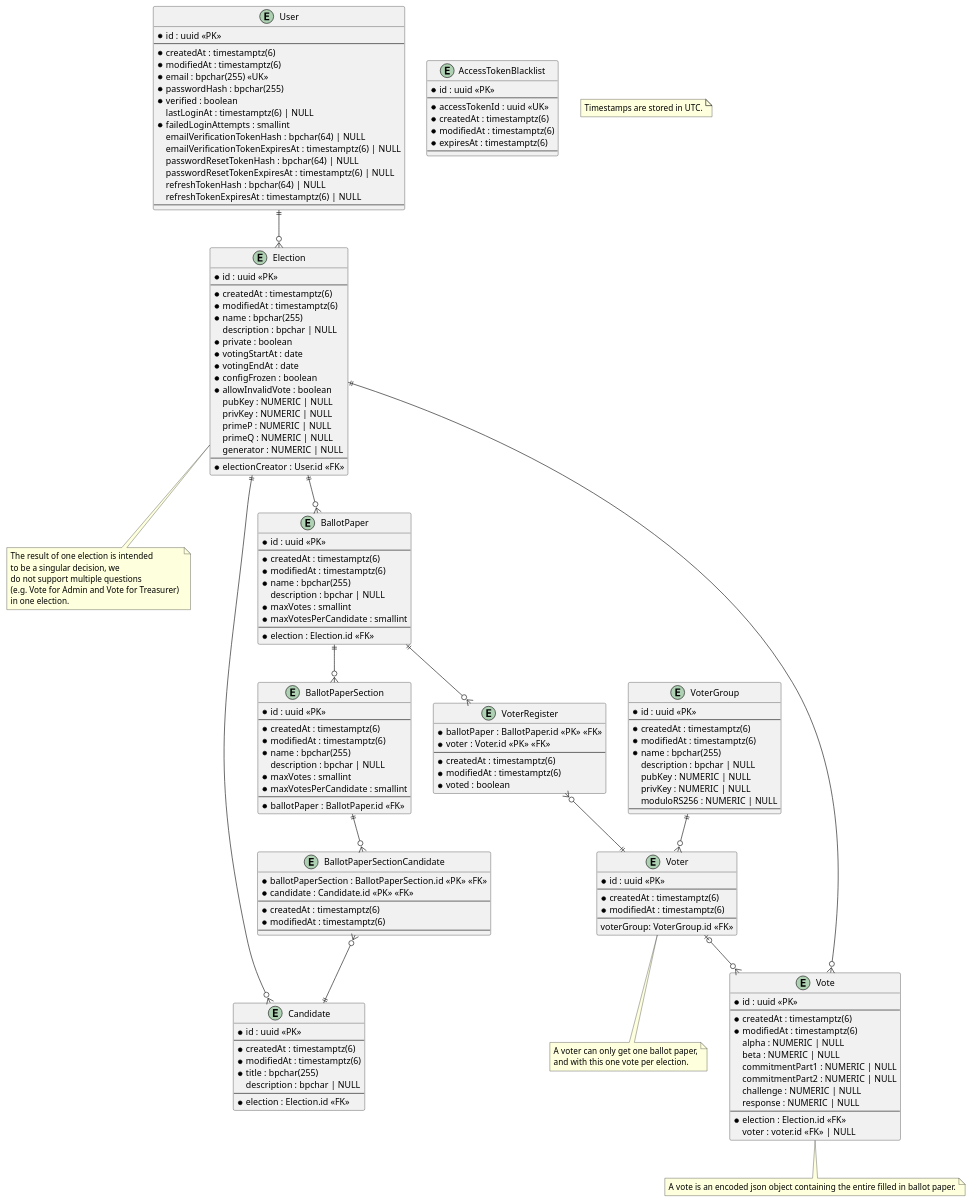
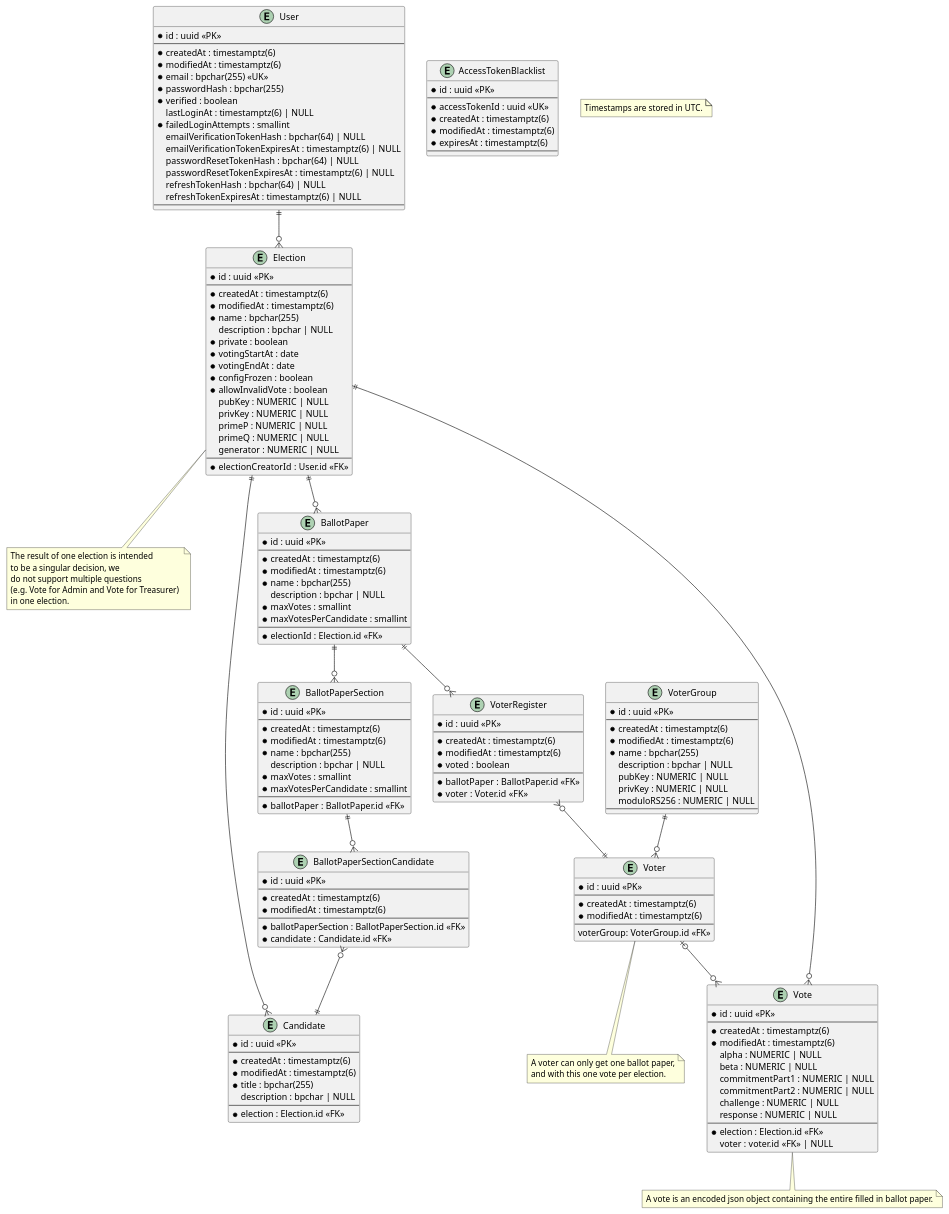
Before and after one commit to SE-UUlm/votura: the diagram in apps/docs/static/uml/dataModel.puml, drawn with PlantUML. The commit also changed 3 other files, not shown here.

```diff
--- a/apps/docs/static/uml/dataModel.puml
+++ b/apps/docs/static/uml/dataModel.puml
@@ -1,195 +1,198 @@
 @startuml dataModel
 
 entity "User" as user {
     * id : uuid <<PK>>
     --
     * createdAt : timestamptz(6)
     * modifiedAt : timestamptz(6)
     * email : bpchar(255) <<UK>>
     * passwordHash : bpchar(255)
     * verified : boolean
     lastLoginAt : timestamptz(6) | NULL
     ' failed login attempts get reset on successful login
     * failedLoginAttempts : smallint
     emailVerificationTokenHash : bpchar(64) | NULL
     emailVerificationTokenExpiresAt : timestamptz(6) | NULL
     passwordResetTokenHash : bpchar(64) | NULL
     passwordResetTokenExpiresAt : timestamptz(6) | NULL
     refreshTokenHash : bpchar(64) | NULL
     refreshTokenExpiresAt : timestamptz(6) | NULL
     --
 }
 
 entity "AccessTokenBlacklist" as jwtBlacklist {
     ' this table is used to store blacklisted access tokens
     ' The jti is 36 characters long if we use UUIDv4
     * id : uuid <<PK>>
     --
     * accessTokenId : uuid <<UK>>
     * createdAt : timestamptz(6)
     * modifiedAt : timestamptz(6)
     * expiresAt : timestamptz(6)
     --
 }
 
 entity "Election" as elections {
     * id : uuid <<PK>>
     --
     * createdAt : timestamptz(6)
     * modifiedAt : timestamptz(6)
     * name : bpchar(255)
     description : bpchar | NULL
     * private : boolean
     * votingStartAt : date
     * votingEndAt : date
     * configFrozen : boolean
     * allowInvalidVote : boolean
     ' Is there a use case for `votesCounted`?
     ' * votesCounted : boolean
     ' Computed values such as validVotes and invalidVotes are critical - do we really want to store them?
     ' validVotes : integer | NULL
     ' invalidVotes : integer | NULL
     pubKey : NUMERIC | NULL
     privKey : NUMERIC | NULL
     primeP : NUMERIC | NULL
     primeQ : NUMERIC | NULL
     generator : NUMERIC | NULL
     --
-    * electionCreator : User.id <<FK>>
+    * electionCreatorId : User.id <<FK>>
 }
 
 note as N2
 The result of one election is intended 
 to be a singular decision, we 
 do not support multiple questions 
 (e.g. Vote for Admin and Vote for Treasurer) 
 in one election.
 end note
 
 entity "BallotPaper" as ballotPapers {
     * id : uuid <<PK>>
     --
     * createdAt : timestamptz(6)
     * modifiedAt : timestamptz(6)
     * name : bpchar(255)
     description : bpchar | NULL
     * maxVotes : smallint
     * maxVotesPerCandidate : smallint
     --
-    * election : Election.id <<FK>>
+    * electionId : Election.id <<FK>>
 }
 
 entity "BallotPaperSection" as ballotPaperSections {
     * id : uuid <<PK>>
     --
     * createdAt : timestamptz(6)
     * modifiedAt : timestamptz(6)
     * name : bpchar(255)
     description : bpchar | NULL
     * maxVotes : smallint
     * maxVotesPerCandidate : smallint
     --
     * ballotPaper : BallotPaper.id <<FK>>
 }
 ' note as C_2
 ' If at least two ballotPaperSections are created for one ballotPaper, 
 ' the name field of the ballotPaperSections is mandatory.
 ' end note
 
 entity "BallotPaperSectionCandidate" as ballotPaperSectionCandidates {
-    * ballotPaperSection : BallotPaperSection.id <<PK>> <<FK>>
-    * candidate : Candidate.id <<PK>> <<FK>>
+    * id : uuid <<PK>>
     --
     * createdAt : timestamptz(6)
     * modifiedAt : timestamptz(6)
     --
+    * ballotPaperSection : BallotPaperSection.id <<FK>>
+    * candidate : Candidate.id <<FK>>
 }
 
 entity "Candidate" as candidates {
     * id : uuid <<PK>>
     --
     * createdAt : timestamptz(6)
     * modifiedAt : timestamptz(6)
     * title : bpchar(255)
     description : bpchar | NULL
     --
     * election : Election.id <<FK>>
 }
 
 entity "Vote" as votes {
     * id : uuid <<PK>>
     --
     * createdAt : timestamptz(6)
     * modifiedAt : timestamptz(6)
     alpha : NUMERIC | NULL
     beta : NUMERIC | NULL
     commitmentPart1 : NUMERIC | NULL
     commitmentPart2 : NUMERIC | NULL
     challenge : NUMERIC | NULL
     response : NUMERIC | NULL
     --
     * election : Election.id <<FK>>
     ' if the vote isn't secret, voter can be saved
     voter : voter.id <<FK>> | NULL
 }
 note as N4
 A vote is an encoded json object containing the entire filled in ballot paper.
 end note
 
 entity "VoterRegister" as voterRegisters {
-    * ballotPaper : BallotPaper.id <<PK>> <<FK>>
-    * voter : Voter.id <<PK>> <<FK>>
+    * id : uuid <<PK>>
     --
     * createdAt : timestamptz(6)
     * modifiedAt : timestamptz(6)
     * voted : boolean
+    --
+    * ballotPaper : BallotPaper.id <<FK>>
+    * voter : Voter.id <<FK>>
 }
 
 entity "Voter" as voters {
     * id : uuid <<PK>>
     --
     * createdAt : timestamptz(6)
     * modifiedAt : timestamptz(6)
     --
     voterGroup: VoterGroup.id <<FK>>
 }
 note as N3
 A voter can only get one ballot paper,
 and with this one vote per election.
 end note
 
 entity "VoterGroup" as voterGroups {
     * id : uuid <<PK>>
     --
     * createdAt : timestamptz(6)
     * modifiedAt : timestamptz(6)
     * name : bpchar(255)
     description : bpchar | NULL
     pubKey : NUMERIC | NULL
     privKey : NUMERIC | NULL
     moduloRS256 : NUMERIC | NULL
     --
 }
 
 note as N1
 Timestamps are stored in UTC.
 end note
 
 user ||--o{ elections
 elections ||--o{ ballotPapers
 elections -- N2
 elections ||--o{ candidates
 ballotPapers ||--o{ voterRegisters
 voterRegisters }o--|| voters
 ballotPapers ||--o{ ballotPaperSections
 ' ballotPaperSections -- C_2
 ballotPaperSections ||--o{ ballotPaperSectionCandidates
 ballotPaperSectionCandidates }o--|| candidates
 votes }o--|| elections
 voters |o--o{ votes
 voterGroups ||--o{ voters
 voters -- N3
 votes -- N4
 
 
 @enduml
```
